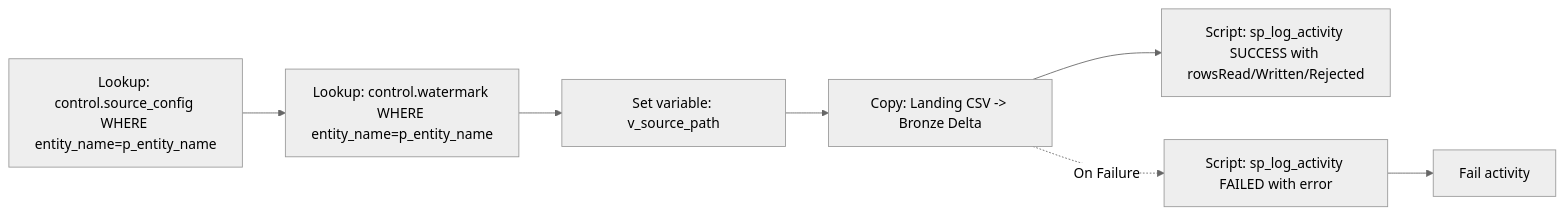
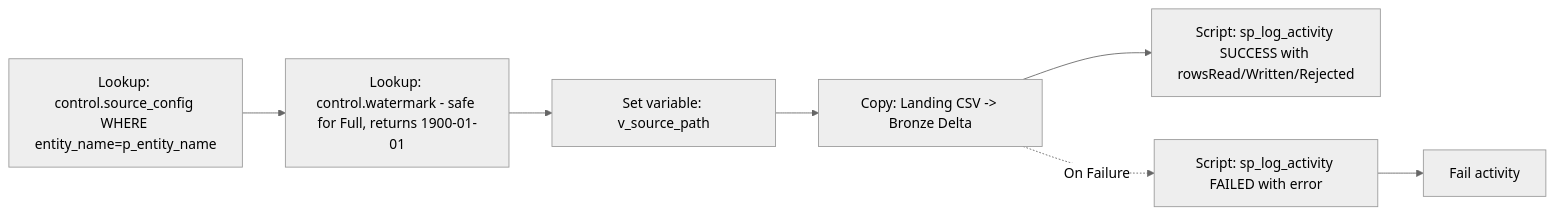
Before and after one commit to hSushmithaShetty13/RenishawDataPipelines: the diagram in fabric-poc-finance/04-pipelines/pl_bronze_ingest.md, drawn with Mermaid (neutral theme). The commit also changed other lines of this file, not shown here.

Commit message:
Bronze: LKP_Watermark always runs; query itself is safe for Full loads (no If Condition needed)

````diff
--- a/fabric-poc-finance/04-pipelines/pl_bronze_ingest.md
+++ b/fabric-poc-finance/04-pipelines/pl_bronze_ingest.md
@@ -10,8 +10,8 @@
 ```mermaid
 flowchart LR
-    A[Lookup: control.source_config WHERE entity_name=p_entity_name] --> B[Lookup: control.watermark WHERE entity_name=p_entity_name]
+    A[Lookup: control.source_config WHERE entity_name=p_entity_name] --> B[Lookup: control.watermark - safe for Full, returns 1900-01-01]
     B --> C[Set variable: v_source_path]
     C --> D[Copy: Landing CSV -> Bronze Delta]
     D --> E[Script: sp_log_activity SUCCESS with rowsRead/Written/Rejected]
     D -. On Failure .-> F[Script: sp_log_activity FAILED with error] --> G[Fail activity]
 ```
````
